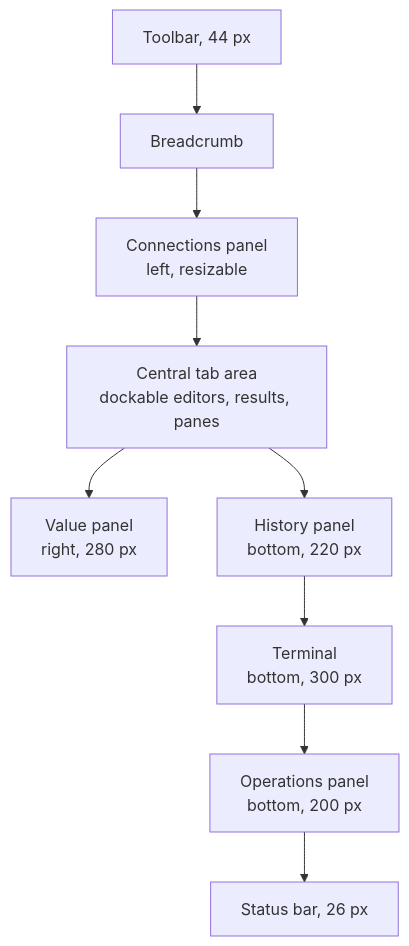
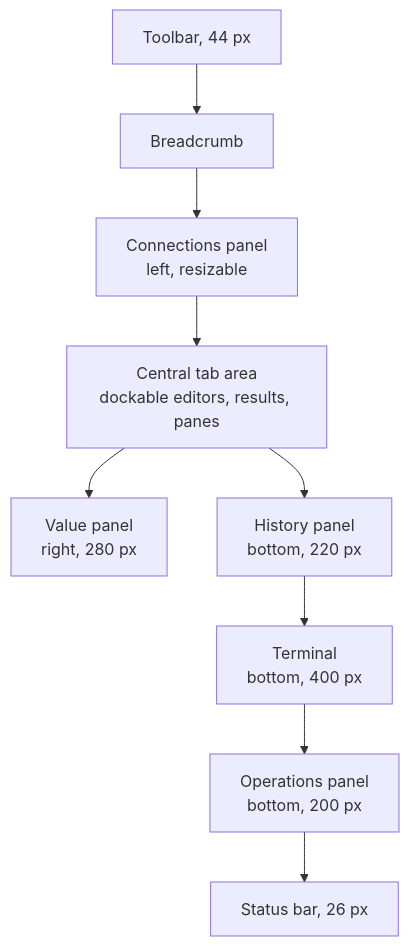
Before and after one commit to mceck/sqlr: the first of 2 diagrams in docs/specs/settings-and-workspace.md, drawn with Mermaid. The commit also changed other lines of this file and 3 other files, not shown here.

````diff
--- a/docs/specs/settings-and-workspace.md
+++ b/docs/specs/settings-and-workspace.md
@@ -25,20 +25,20 @@
 ```mermaid
 flowchart TB
   T[Toolbar, 44 px]
   B[Breadcrumb]
   L[Connections panel<br/>left, resizable]
   C[Central tab area<br/>dockable editors, results, panes]
   R[Value panel<br/>right, 280 px]
   O[Operations panel<br/>bottom, 200 px]
   H[History panel<br/>bottom, 220 px]
-  X[Terminal<br/>bottom, 300 px]
+  X[Terminal<br/>bottom, 400 px]
   S[Status bar, 26 px]
   T --> B
   B --> L
   L --> C
   C --> R
   C --> H
   H --> X
   X --> O
   O --> S
 ```
````
